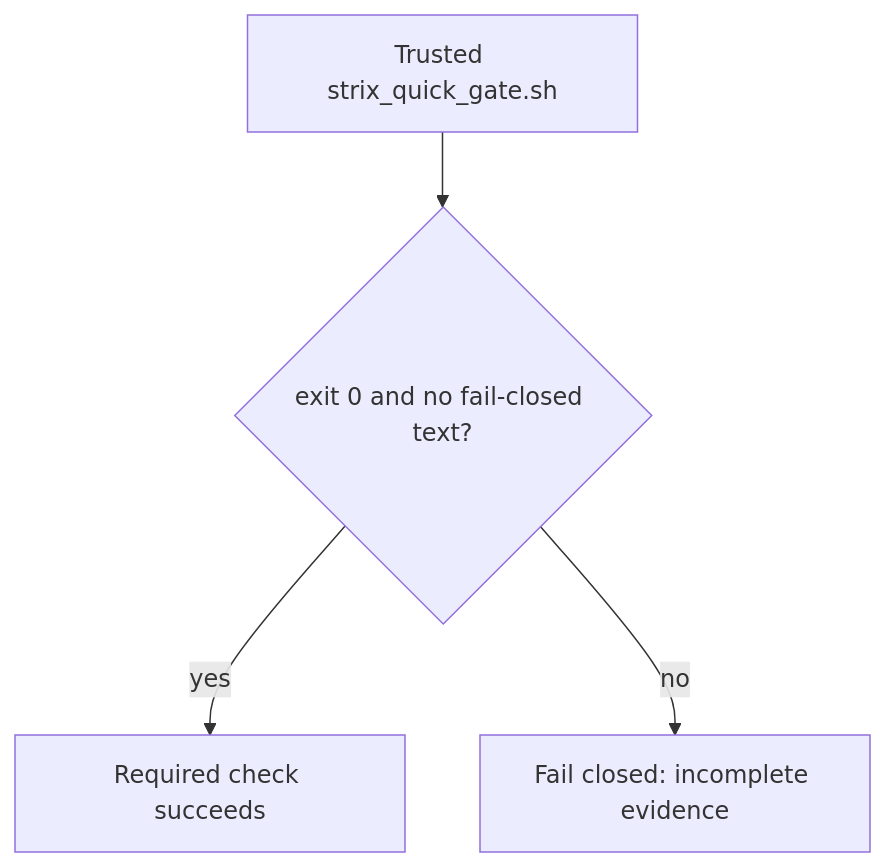
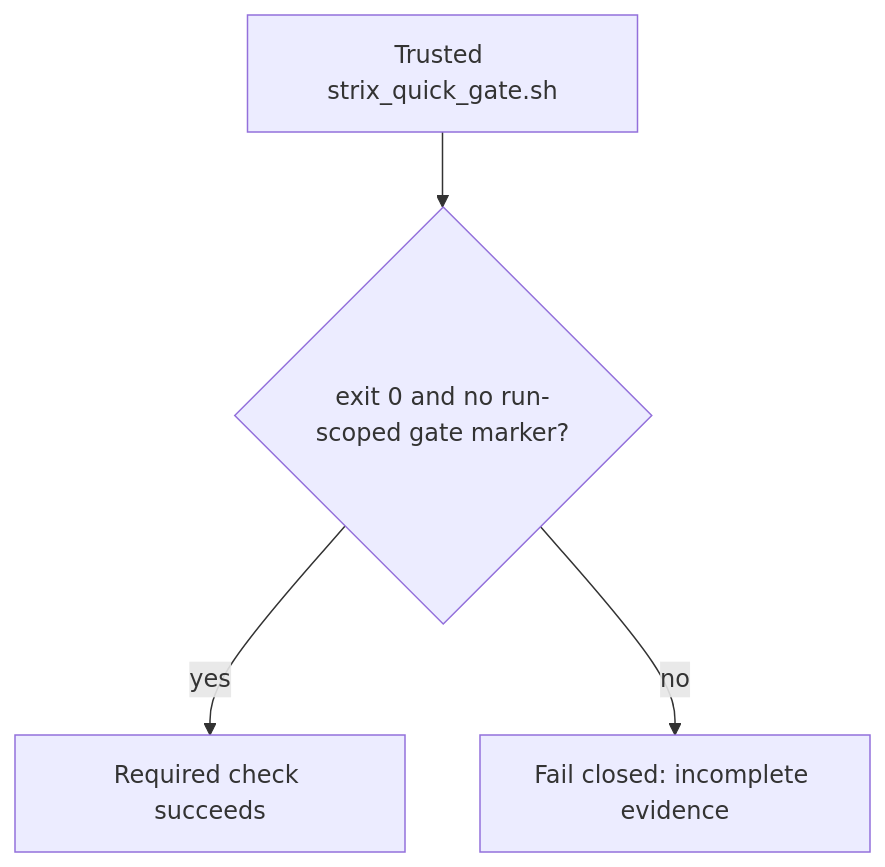
One commit to ContextualWisdomLab/.github changed the second of 3 diagrams in ARCHITECTURE.md. Above: the diagram before and after it, drawn with Mermaid. The commit also changed other lines of this file and 12 other files, not shown here.

````diff
--- a/ARCHITECTURE.md
+++ b/ARCHITECTURE.md
@@ -30,11 +30,11 @@
 ```mermaid
 flowchart TD
   Gate["Trusted strix_quick_gate.sh"]
-  Rc{"exit 0 and no fail-closed text?"}
+  Rc{"exit 0 and no run-scoped gate marker?"}
   Pass["Required check succeeds"]
   Fail["Fail closed: incomplete evidence"]
 
   Gate --> Rc
   Rc -->|"yes"| Pass
   Rc -->|"no"| Fail
 ```
````
